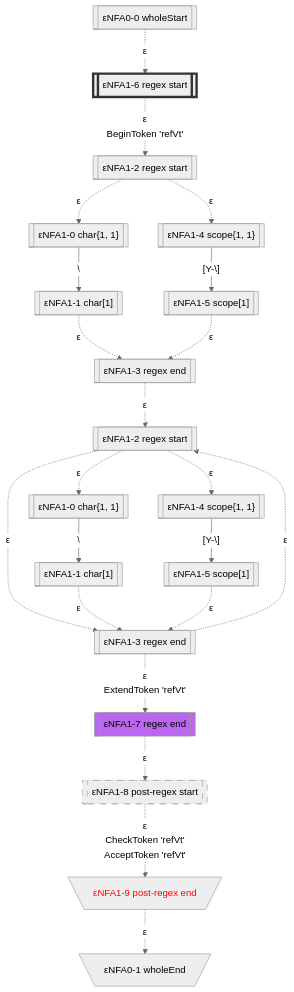
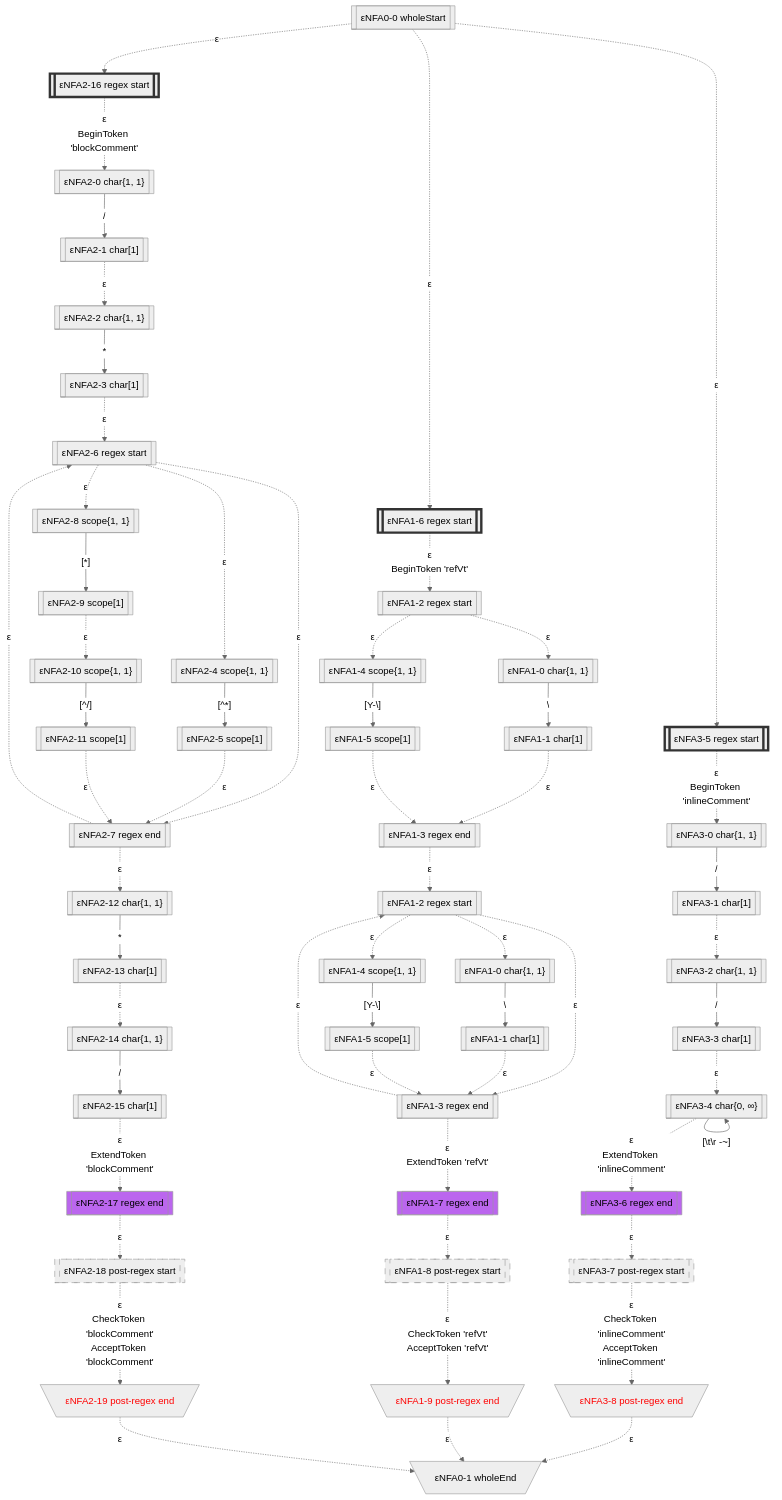
Before and after one commit to bitzhuwei/GrammarMentor: the first of 7 diagrams in Practices/Practice.GeneratedXxxFormat.Test/GeneratedError/doc/LexicalStates.gen.md, drawn with Mermaid (neutral theme). The commit also changed other lines of this file and 3868 other files, not shown here.

````diff
--- a/Practices/Practice.GeneratedXxxFormat.Test/GeneratedError/doc/LexicalStates.gen.md
+++ b/Practices/Practice.GeneratedXxxFormat.Test/GeneratedError/doc/LexicalStates.gen.md
@@ -17,51 +17,131 @@
 classDef c1101 stroke:#333,stroke-width:4px,fill:#BB66EE,color:#FF0000;
 classDef c1110 stroke:#333,stroke-width:4px,fill:#BB66EE,stroke-dasharray: 10 10;
 classDef c1111 stroke:#333,stroke-width:4px,fill:#BB66EE,stroke-dasharray: 10 10,color:#FF0000;
-eNFA0_0_4620049[["εNFA0-0 wholeStart"]]
-eNFA1_6_24309136[["εNFA1-6 regex start"]]
-class eNFA1_6_24309136 c1000;
-eNFA1_2_10750772[["εNFA1-2 regex start"]]
-eNFA1_0_65506178[["εNFA1-0 char{1, 1}"]]
-eNFA1_4_29648085[["εNFA1-4 scope{1, 1}"]]
-eNFA1_1_39601516[["εNFA1-1 char[1]"]]
-eNFA1_5_52684690[["εNFA1-5 scope[1]"]]
-eNFA1_3_4400168[["εNFA1-3 regex end"]]
-eNFA1_2_20869327[["εNFA1-2 regex start"]]
-eNFA1_0_12693918[["εNFA1-0 char{1, 1}"]]
-eNFA1_4_53606218[["εNFA1-4 scope{1, 1}"]]
-eNFA1_3_47136405[["εNFA1-3 regex end"]]
-eNFA1_1_59952436[["εNFA1-1 char[1]"]]
-eNFA1_5_2701015[["εNFA1-5 scope[1]"]]
-eNFA1_7_21574462[["εNFA1-7 regex end"]]
-class eNFA1_7_21574462 c0100;
-eNFA1_8_17455632[["εNFA1-8 post-regex start"]]
-class eNFA1_8_17455632 c0010;
-eNFA1_9_22882960[\"εNFA1-9 post-regex end"/]
-class eNFA1_9_22882960 c0001;
-eNFA0_1_23120425[\"εNFA0-1 wholeEnd"/]
-eNFA0_0_4620049 -.->|"ε"|eNFA1_6_24309136
-eNFA1_6_24309136 -.->|"ε
-BeginToken 'refVt'"|eNFA1_2_10750772
-eNFA1_2_10750772 -.->|"ε"|eNFA1_0_65506178
-eNFA1_2_10750772 -.->|"ε"|eNFA1_4_29648085
-eNFA1_0_65506178 -->|"#92;"|eNFA1_1_39601516
-eNFA1_4_29648085 -->|"[Y-#92;]"|eNFA1_5_52684690
-eNFA1_1_39601516 -.->|"ε"|eNFA1_3_4400168
-eNFA1_5_52684690 -.->|"ε"|eNFA1_3_4400168
-eNFA1_3_4400168 -.->|"ε"|eNFA1_2_20869327
-eNFA1_2_20869327 -.->|"ε"|eNFA1_0_12693918
-eNFA1_2_20869327 -.->|"ε"|eNFA1_4_53606218
-eNFA1_2_20869327 -.->|"ε"|eNFA1_3_47136405
-eNFA1_0_12693918 -->|"#92;"|eNFA1_1_59952436
-eNFA1_4_53606218 -->|"[Y-#92;]"|eNFA1_5_2701015
-eNFA1_3_47136405 -.->|"ε"|eNFA1_2_20869327
-eNFA1_3_47136405 -.->|"ε
-ExtendToken 'refVt'"|eNFA1_7_21574462
-eNFA1_1_59952436 -.->|"ε"|eNFA1_3_47136405
-eNFA1_5_2701015 -.->|"ε"|eNFA1_3_47136405
-eNFA1_7_21574462 -.->|"ε"|eNFA1_8_17455632
-eNFA1_8_17455632 -.->|"ε
+eNFA0_0_12405375[["εNFA0-0 wholeStart"]]
+eNFA1_6_57198891[["εNFA1-6 regex start"]]
+class eNFA1_6_57198891 c1000;
+eNFA2_16_44539515[["εNFA2-16 regex start"]]
+class eNFA2_16_44539515 c1000;
+eNFA3_5_23562574[["εNFA3-5 regex start"]]
+class eNFA3_5_23562574 c1000;
+eNFA1_2_16346001[["εNFA1-2 regex start"]]
+eNFA2_0_55725192[["εNFA2-0 char{1, 1}"]]
+eNFA3_0_29520332[["εNFA3-0 char{1, 1}"]]
+eNFA1_0_48957711[["εNFA1-0 char{1, 1}"]]
+eNFA1_4_12896286[["εNFA1-4 scope{1, 1}"]]
+eNFA2_1_9113635[["εNFA2-1 char[1]"]]
+eNFA3_1_14913854[["εNFA3-1 char[1]"]]
+eNFA1_1_55365254[["εNFA1-1 char[1]"]]
+eNFA1_5_37966223[["εNFA1-5 scope[1]"]]
+eNFA2_2_6965[["εNFA2-2 char{1, 1}"]]
+eNFA3_2_62687[["εNFA3-2 char{1, 1}"]]
+eNFA1_3_6151694[["εNFA1-3 regex end"]]
+eNFA2_3_34359256[["εNFA2-3 char[1]"]]
+eNFA3_3_35088084[["εNFA3-3 char[1]"]]
+eNFA1_2_28525238[["εNFA1-2 regex start"]]
+eNFA2_6_23387474[["εNFA2-6 regex start"]]
+eNFA3_4_3898676[["εNFA3-4 char{0, ∞}"]]
+eNFA1_0_28842926[["εNFA1-0 char{1, 1}"]]
+eNFA1_4_55400552[["εNFA1-4 scope{1, 1}"]]
+eNFA1_3_58259743[["εNFA1-3 regex end"]]
+eNFA2_4_15337269[["εNFA2-4 scope{1, 1}"]]
+eNFA2_8_9160681[["εNFA2-8 scope{1, 1}"]]
+eNFA2_7_3817695[["εNFA2-7 regex end"]]
+eNFA3_6_47357306[["εNFA3-6 regex end"]]
+class eNFA3_6_47357306 c0100;
+eNFA1_1_21418771[["εNFA1-1 char[1]"]]
+eNFA1_5_58551215[["εNFA1-5 scope[1]"]]
+eNFA1_7_54575646[["εNFA1-7 regex end"]]
+class eNFA1_7_54575646 c0100;
+eNFA2_5_31636323[["εNFA2-5 scope[1]"]]
+eNFA2_9_48873995[["εNFA2-9 scope[1]"]]
+eNFA2_12_40797849[["εNFA2-12 char{1, 1}"]]
+eNFA3_7_64356400[["εNFA3-7 post-regex start"]]
+class eNFA3_7_64356400 c0010;
+eNFA1_8_45027976[["εNFA1-8 post-regex start"]]
+class eNFA1_8_45027976 c0010;
+eNFA2_10_31498117[["εNFA2-10 scope{1, 1}"]]
+eNFA2_13_15047603[["εNFA2-13 char[1]"]]
+eNFA3_8_10736577[\"εNFA3-8 post-regex end"/]
+class eNFA3_8_10736577 c0001;
+eNFA1_9_2598608[\"εNFA1-9 post-regex end"/]
+class eNFA1_9_2598608 c0001;
+eNFA2_11_16291455[["εNFA2-11 scope[1]"]]
+eNFA2_14_1210700[["εNFA2-14 char{1, 1}"]]
+eNFA0_1_50930930[\"εNFA0-1 wholeEnd"/]
+eNFA2_15_31764686[["εNFA2-15 char[1]"]]
+eNFA2_17_17446726[["εNFA2-17 regex end"]]
+class eNFA2_17_17446726 c0100;
+eNFA2_18_22802807[["εNFA2-18 post-regex start"]]
+class eNFA2_18_22802807 c0010;
+eNFA2_19_65311315[\"εNFA2-19 post-regex end"/]
+class eNFA2_19_65311315 c0001;
+eNFA0_0_12405375 -.->|"ε"|eNFA1_6_57198891
+eNFA0_0_12405375 -.->|"ε"|eNFA2_16_44539515
+eNFA0_0_12405375 -.->|"ε"|eNFA3_5_23562574
+eNFA1_6_57198891 -.->|"ε
+BeginToken 'refVt'"|eNFA1_2_16346001
+eNFA2_16_44539515 -.->|"ε
+BeginToken 'blockComment'"|eNFA2_0_55725192
+eNFA3_5_23562574 -.->|"ε
+BeginToken 'inlineComment'"|eNFA3_0_29520332
+eNFA1_2_16346001 -.->|"ε"|eNFA1_0_48957711
+eNFA1_2_16346001 -.->|"ε"|eNFA1_4_12896286
+eNFA2_0_55725192 -->|"/"|eNFA2_1_9113635
+eNFA3_0_29520332 -->|"/"|eNFA3_1_14913854
+eNFA1_0_48957711 -->|"#92;"|eNFA1_1_55365254
+eNFA1_4_12896286 -->|"[Y-#92;]"|eNFA1_5_37966223
+eNFA2_1_9113635 -.->|"ε"|eNFA2_2_6965
+eNFA3_1_14913854 -.->|"ε"|eNFA3_2_62687
+eNFA1_1_55365254 -.->|"ε"|eNFA1_3_6151694
+eNFA1_5_37966223 -.->|"ε"|eNFA1_3_6151694
+eNFA2_2_6965 -->|"*"|eNFA2_3_34359256
+eNFA3_2_62687 -->|"/"|eNFA3_3_35088084
+eNFA1_3_6151694 -.->|"ε"|eNFA1_2_28525238
+eNFA2_3_34359256 -.->|"ε"|eNFA2_6_23387474
+eNFA3_3_35088084 -.->|"ε"|eNFA3_4_3898676
+eNFA1_2_28525238 -.->|"ε"|eNFA1_0_28842926
+eNFA1_2_28525238 -.->|"ε"|eNFA1_4_55400552
+eNFA1_2_28525238 -.->|"ε"|eNFA1_3_58259743
+eNFA2_6_23387474 -.->|"ε"|eNFA2_4_15337269
+eNFA2_6_23387474 -.->|"ε"|eNFA2_8_9160681
+eNFA2_6_23387474 -.->|"ε"|eNFA2_7_3817695
+eNFA3_4_3898676 -->|"[#92;t#92;r#32;-~]"|eNFA3_4_3898676
+eNFA3_4_3898676 -.->|"ε
+ExtendToken 'inlineComment'"|eNFA3_6_47357306
+eNFA1_0_28842926 -->|"#92;"|eNFA1_1_21418771
+eNFA1_4_55400552 -->|"[Y-#92;]"|eNFA1_5_58551215
+eNFA1_3_58259743 -.->|"ε"|eNFA1_2_28525238
+eNFA1_3_58259743 -.->|"ε
+ExtendToken 'refVt'"|eNFA1_7_54575646
+eNFA2_4_15337269 -->|"[^*]"|eNFA2_5_31636323
+eNFA2_8_9160681 -->|"[*]"|eNFA2_9_48873995
+eNFA2_7_3817695 -.->|"ε"|eNFA2_6_23387474
+eNFA2_7_3817695 -.->|"ε"|eNFA2_12_40797849
+eNFA3_6_47357306 -.->|"ε"|eNFA3_7_64356400
+eNFA1_1_21418771 -.->|"ε"|eNFA1_3_58259743
+eNFA1_5_58551215 -.->|"ε"|eNFA1_3_58259743
+eNFA1_7_54575646 -.->|"ε"|eNFA1_8_45027976
+eNFA2_5_31636323 -.->|"ε"|eNFA2_7_3817695
+eNFA2_9_48873995 -.->|"ε"|eNFA2_10_31498117
+eNFA2_12_40797849 -->|"*"|eNFA2_13_15047603
+eNFA3_7_64356400 -.->|"ε
+CheckToken 'inlineComment'
+AcceptToken 'inlineComment'"|eNFA3_8_10736577
+eNFA1_8_45027976 -.->|"ε
 CheckToken 'refVt'
-AcceptToken 'refVt'"|eNFA1_9_22882960
-eNFA1_9_22882960 -.->|"ε"|eNFA0_1_23120425
+AcceptToken 'refVt'"|eNFA1_9_2598608
+eNFA2_10_31498117 -->|"[^/]"|eNFA2_11_16291455
+eNFA2_13_15047603 -.->|"ε"|eNFA2_14_1210700
+eNFA3_8_10736577 -.->|"ε"|eNFA0_1_50930930
+eNFA1_9_2598608 -.->|"ε"|eNFA0_1_50930930
+eNFA2_11_16291455 -.->|"ε"|eNFA2_7_3817695
+eNFA2_14_1210700 -->|"/"|eNFA2_15_31764686
+eNFA2_15_31764686 -.->|"ε
+ExtendToken 'blockComment'"|eNFA2_17_17446726
+eNFA2_17_17446726 -.->|"ε"|eNFA2_18_22802807
+eNFA2_18_22802807 -.->|"ε
+CheckToken 'blockComment'
+AcceptToken 'blockComment'"|eNFA2_19_65311315
+eNFA2_19_65311315 -.->|"ε"|eNFA0_1_50930930
 ```
````
